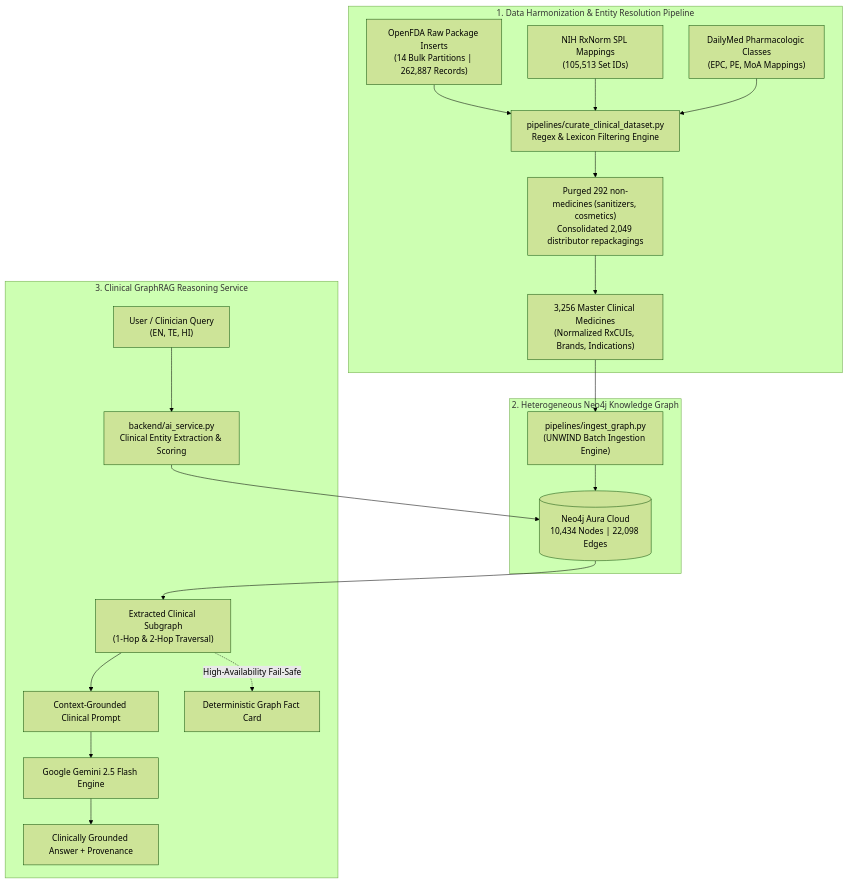
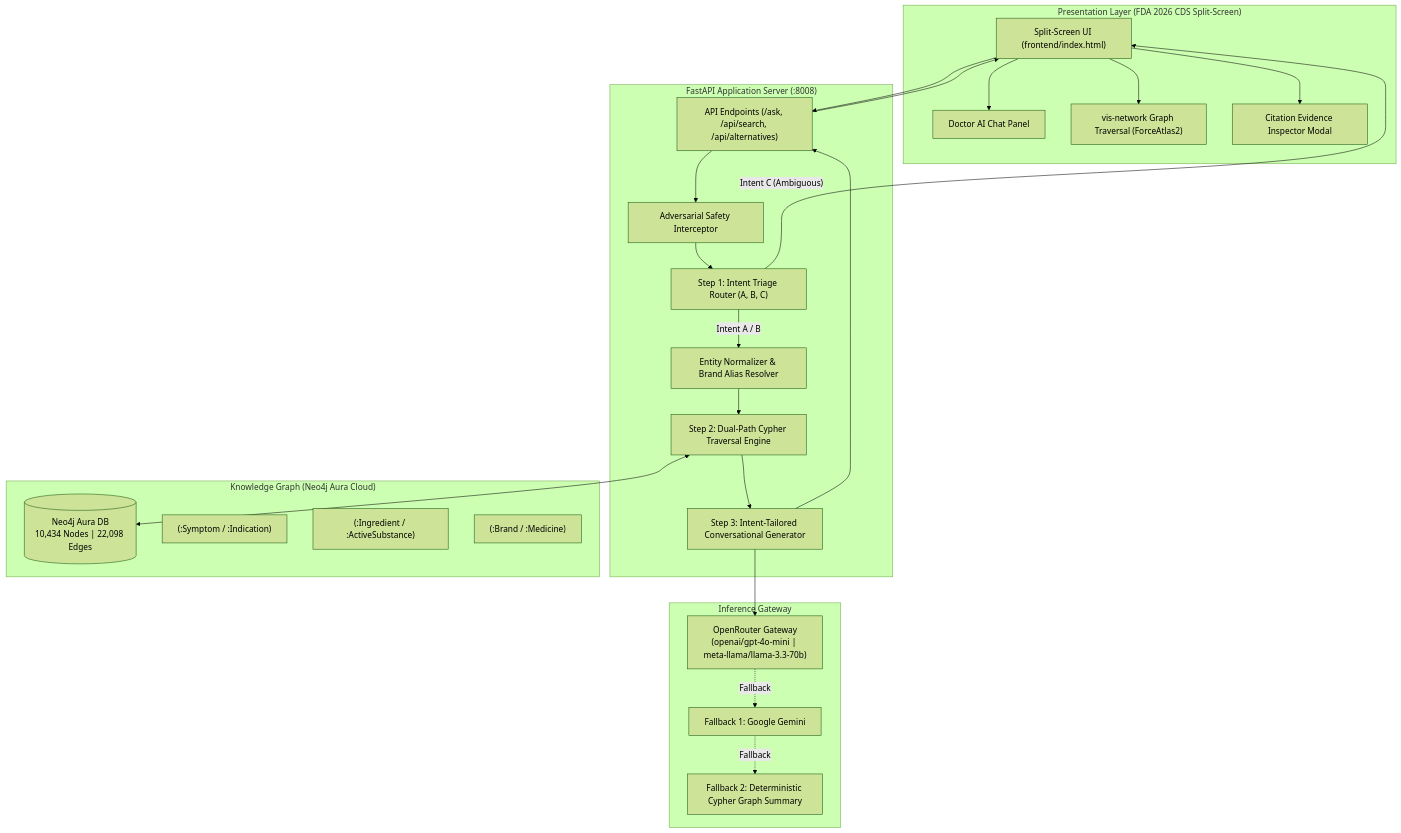
One commit to slyvarun/medgraph-ai-service changed the first of 2 diagrams in README.md. Above: the diagram before and after it, drawn with Mermaid (forest theme). The commit also changed other lines of this file, not shown here.

Commit message:
docs: modernize and professionalize README with GraphRAG architecture, intent routing, and FDA 2026 CDS compliance

````diff
--- a/README.md
+++ b/README.md
@@ -42,25 +105,48 @@
 ```mermaid
 flowchart TD
-    subgraph Data_Pipeline["1. Data Harmonization & Entity Resolution Pipeline"]
-        FDA["OpenFDA Raw Package Inserts<br/>(14 Bulk Partitions | 262,887 Records)"] --> Curate["pipelines/curate_clinical_dataset.py<br/>Regex & Lexicon Filtering Engine"]
-        RxNorm["NIH RxNorm SPL Mappings<br/>(105,513 Set IDs)"] --> Curate
-        DMed["DailyMed Pharmacologic Classes<br/>(EPC, PE, MoA Mappings)"] --> Curate
-        Curate --> Clean["Purged 292 non-medicines (sanitizers, cosmetics)<br/>Consolidated 2,049 distributor repackagings"]
-        Clean --> Master["3,256 Master Clinical Medicines<br/>(Normalized RxCUIs, Brands, Indications)"]
+    subgraph Frontend["Presentation Layer (FDA 2026 CDS Split-Screen)"]
+        UI["Split-Screen UI (frontend/index.html)"]
+        Chat["Doctor AI Chat Panel"]
+        GraphVis["vis-network Graph Traversal (ForceAtlas2)"]
+        Inspector["Citation Evidence Inspector Modal"]
     end
 
-    subgraph KG["2. Heterogeneous Neo4j Knowledge Graph"]
-        Master --> Ingest["pipelines/ingest_graph.py<br/>(UNWIND Batch Ingestion Engine)"]
-        Ingest --> Graph[("Neo4j Aura Cloud<br/>10,434 Nodes | 22,098 Edges")]
+    subgraph Backend["FastAPI Application Server (:8008)"]
+        Router["API Endpoints (/ask, /api/search, /api/alternatives)"]
+        Safety["Adversarial Safety Interceptor"]
+        IntentClassifier["Step 1: Intent Triage Router (A, B, C)"]
+        Norm["Entity Normalizer & Brand Alias Resolver"]
+        GraphEngine["Step 2: Dual-Path Cypher Traversal Engine"]
+        Generator["Step 3: Intent-Tailored Conversational Generator"]
     end
 
-    subgraph RAG["3. Clinical GraphRAG Reasoning Service"]
-        User["User / Clinician Query<br/>(EN, TE, HI)"] --> Extractor["backend/ai_service.py<br/>Clinical Entity Extraction & Scoring"]
-        Extractor --> Graph
-        Graph --> Subgraph["Extracted Clinical Subgraph<br/>(1-Hop & 2-Hop Traversal)"]
-        Subgraph --> Prompt["Context-Grounded Clinical Prompt"]
-        Prompt --> LLM["Google Gemini 2.5 Flash Engine"]
-        LLM --> Response["Clinically Grounded Answer + Provenance"]
-        Subgraph -.->|"High-Availability Fail-Safe"| Fallback["Deterministic Graph Fact Card"]
+    subgraph DataStore["Knowledge Graph (Neo4j Aura Cloud)"]
+        Neo4j[("Neo4j Aura DB\n10,434 Nodes | 22,098 Edges")]
+        SymptomNode["(:Symptom / :Indication)"]
+        IngNode["(:Ingredient / :ActiveSubstance)"]
+        BrandNode["(:Brand / :Medicine)"]
     end
+
+    subgraph Inference["Inference Gateway"]
+        OpenRouter["OpenRouter Gateway\n(openai/gpt-4o-mini | meta-llama/llama-3.3-70b)"]
+        FallbackGemini["Fallback 1: Google Gemini"]
+        FallbackCypher["Fallback 2: Deterministic Cypher Graph Summary"]
+    end
+
+    UI --> Router
+    Router --> Safety
+    Safety --> IntentClassifier
+    IntentClassifier -- "Intent C (Ambiguous)" --> UI
+    IntentClassifier -- "Intent A / B" --> Norm
+    Norm --> GraphEngine
+    GraphEngine <--> Neo4j
+    GraphEngine --> Generator
+    Generator --> OpenRouter
+    OpenRouter -.->|Fallback| FallbackGemini
+    FallbackGemini -.->|Fallback| FallbackCypher
+    Generator --> Router
+    Router --> UI
+    UI --> Chat
+    UI --> GraphVis
+    UI --> Inspector
 ```
````
